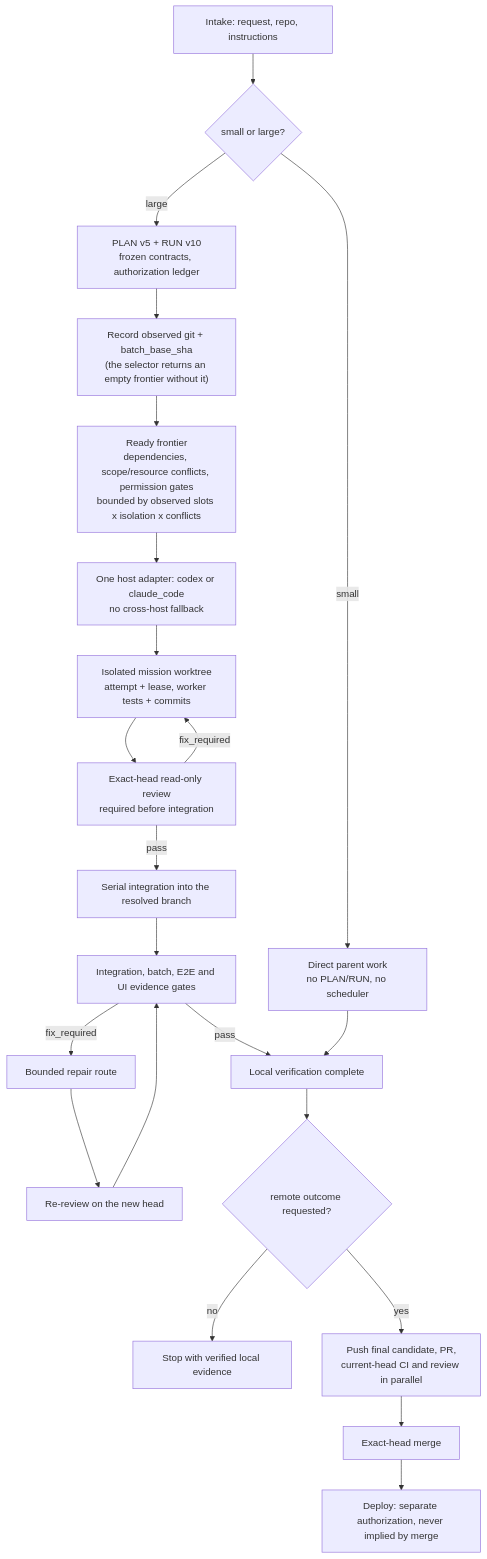
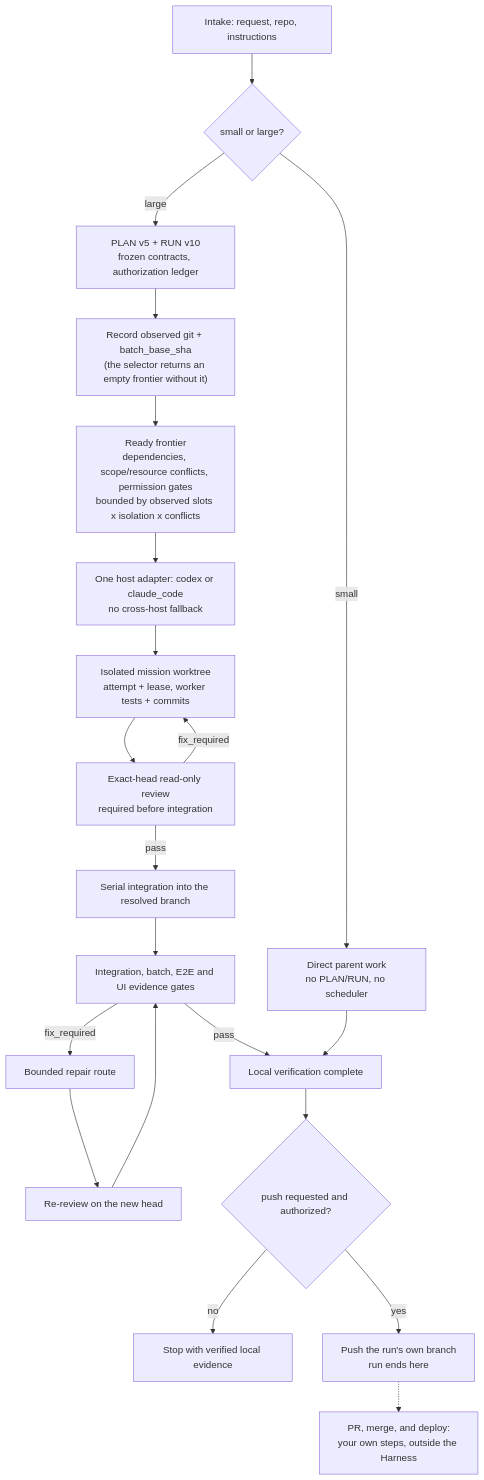
Before and after one commit to Phlegonlabs/product-delivery-harness: the second of 2 diagrams in README.md, drawn with Mermaid. The commit also changed other lines of this file and 12 other files, not shown here.

First line of the commit message:
fix(harness): scrub stale landing/deploy contract from READMEs and runtime

````diff
--- a/README.md
+++ b/README.md
@@ -88,24 +87,23 @@
 ```mermaid
 flowchart TB
   Intake["Intake: request, repo, instructions"] --> Size{"small or large?"}
   Size -->|small| Direct["Direct parent work<br/>no PLAN/RUN, no scheduler"]
   Size -->|large| Plan["PLAN v5 + RUN v10<br/>frozen contracts, authorization ledger"]
   Plan --> Observe["Record observed git + batch_base_sha<br/>(the selector returns an empty frontier without it)"]
   Observe --> Frontier["Ready frontier<br/>dependencies, scope/resource conflicts, permission gates<br/>bounded by observed slots x isolation x conflicts"]
   Frontier --> Host["One host adapter: codex or claude_code<br/>no cross-host fallback"]
   Host --> Work["Isolated mission worktree<br/>attempt + lease, worker tests + commits"]
   Work --> Review["Exact-head read-only review<br/>required before integration"]
   Review -->|pass| Integrate["Serial integration into the resolved branch"]
   Review -->|fix_required| Work
   Integrate --> Gates["Integration, batch, E2E and UI evidence gates"]
   Gates -->|fix_required| Repair["Bounded repair route"]
   Repair --> Rereview["Re-review on the new head"]
   Rereview --> Gates
   Gates -->|pass| Local["Local verification complete"]
   Direct --> Local
-  Local --> Remote{"remote outcome requested?"}
+  Local --> Remote{"push requested and authorized?"}
   Remote -->|no| Done["Stop with verified local evidence"]
-  Remote -->|yes| Landing["Push final candidate, PR,<br/>current-head CI and review in parallel"]
-  Landing --> Merge["Exact-head merge"]
-  Merge --> Deploy["Deploy: separate authorization, never implied by merge"]
+  Remote -->|yes| Push["Push the run's own branch<br/>run ends here"]
+  Push -.-> Yours["PR, merge, and deploy:<br/>your own steps, outside the Harness"]
 ```
````
